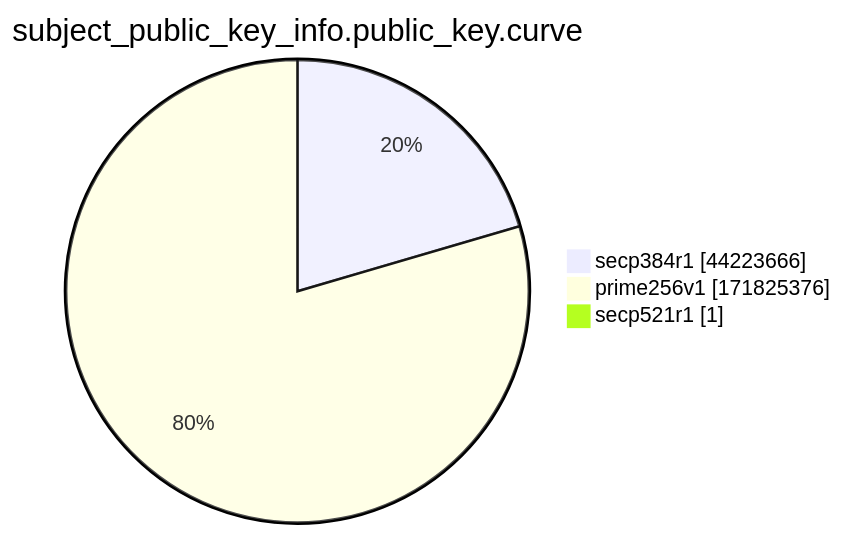
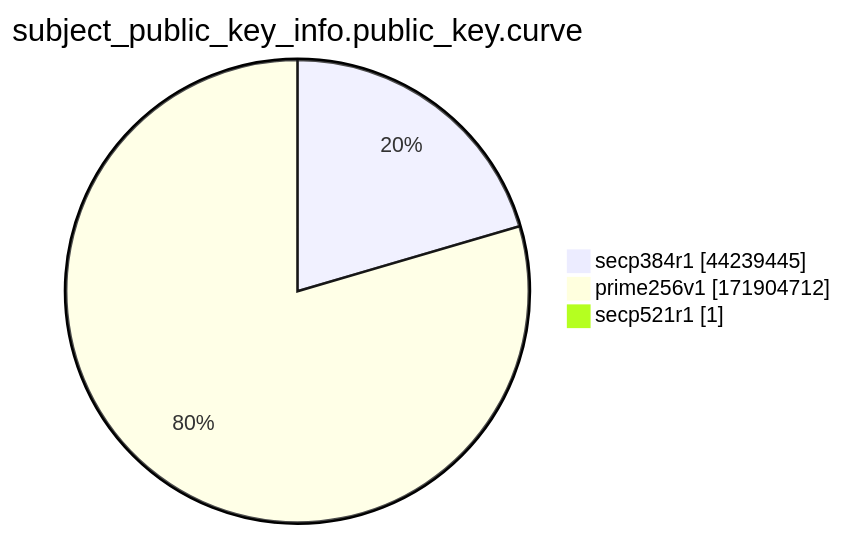
The ninth of 15 diagrams in xenon2022/README.md (christiankrug/ctmonitor_visualization), drawn with Mermaid before and after one commit. The commit also changed other lines of this file, not shown here.

````diff
--- a/xenon2022/README.md
+++ b/xenon2022/README.md
@@ -2871,7 +2871,7 @@
 ```mermaid
 pie showData
 title subject_public_key_info.public_key.curve
-"secp384r1" :44223666
-"prime256v1" :171825376
+"secp384r1" :44239445
+"prime256v1" :171904712
 "secp521r1" :1
 ```
````
